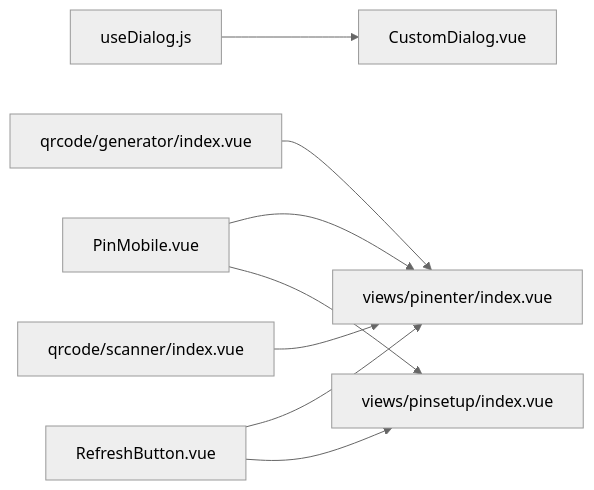
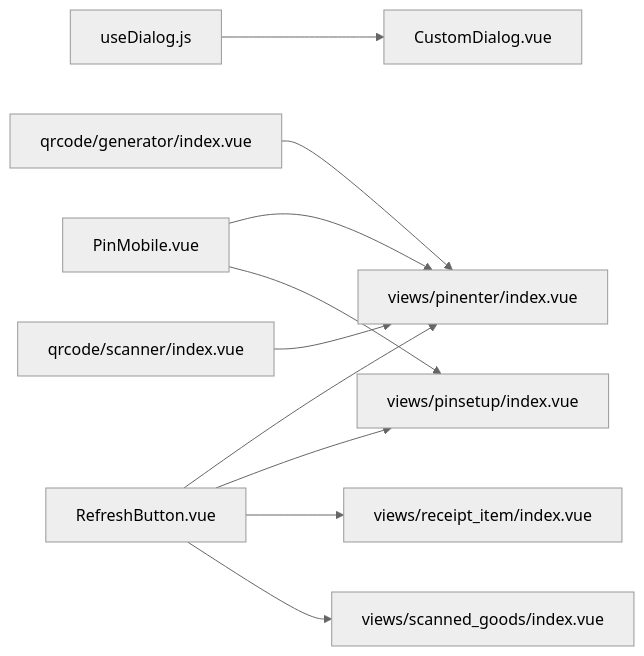
One commit to weiserman/ahm-gr-scanner-light-mode changed the fifth of 5 diagrams in .qoder/repowiki/en/content/UI Components/UI Components.md. Above: the diagram before and after it, drawn with Mermaid (neutral theme). The commit also changed other lines of this file and 6 other files, not shown here.

````diff
--- a/.qoder/repowiki/en/content/UI Components/UI Components.md
+++ b/.qoder/repowiki/en/content/UI Components/UI Components.md
@@ -400,10 +461,12 @@
 ```mermaid
 graph LR
 useDialog["useDialog.js"] --> CustomDialog["CustomDialog.vue"]
 PinMobile["PinMobile.vue"] --> pinenter["views/pinenter/index.vue"]
 PinMobile --> pinsetup["views/pinsetup/index.vue"]
 QRGen["qrcode/generator/index.vue"] --> pinenter
 QRScan["qrcode/scanner/index.vue"] --> pinenter
 RefreshBtn["RefreshButton.vue"] --> pinenter
 RefreshBtn --> pinsetup
+RefreshBtn --> receipt_item["views/receipt_item/index.vue"]
+RefreshBtn --> scanned_goods["views/scanned_goods/index.vue"]
 ```
````
